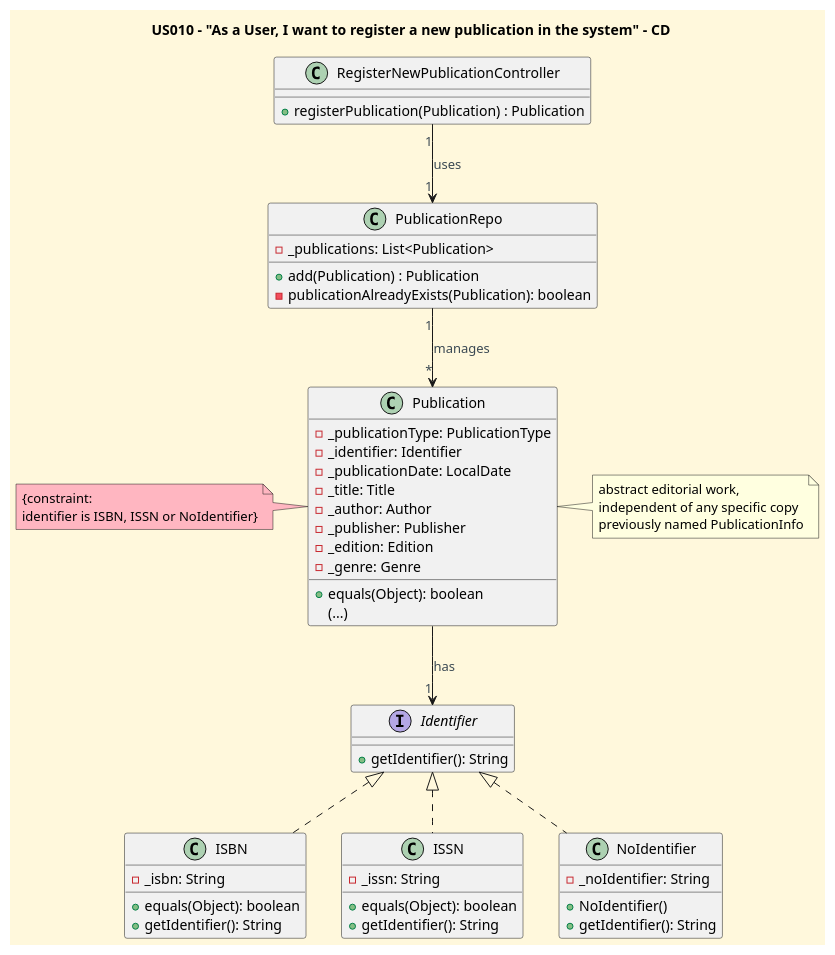
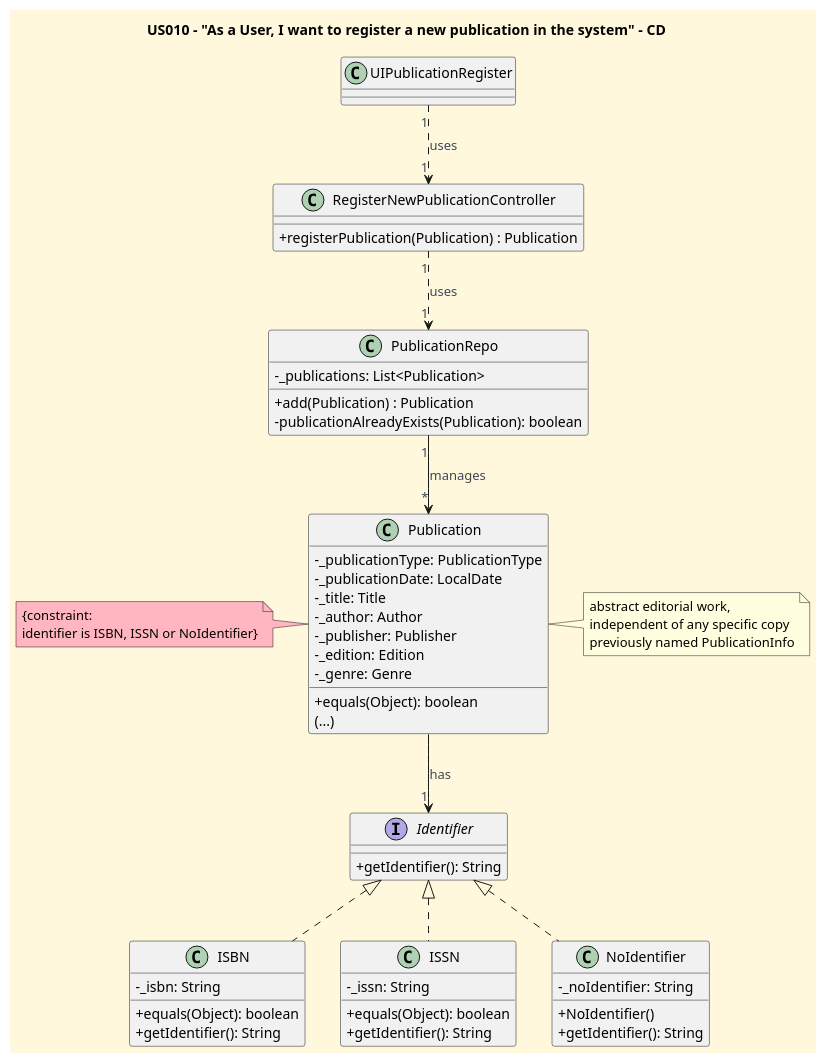
One commit to CarolinaLeite-collab/JavaMarketplacePlatform changed the diagram in docs/userStories/US010/US010_register_new_publication_CD.puml. Above: the diagram before and after it, drawn with PlantUML.

Commit message:
Adjust CD details (closes #118)

```diff
--- a/docs/userStories/US010/US010_register_new_publication_CD.puml
+++ b/docs/userStories/US010/US010_register_new_publication_CD.puml
@@ -1,86 +1,89 @@
 @startuml
 'https://plantuml.com/class-diagram
 title US010 - "As a User, I want to register a new publication in the system" - CD
 
 '==== basic style ====
 skinparam monochrome false
 skinparam shadowing false
 skinparam defaultFontName Futura
 skinparam objectFontSize 20
 skinparam backgroundColor CornSilk
 skinparam objectBackgroundColor WhiteSmoke
 skinparam noteBackgroundColor #FFFFE0
 skinparam ArrowFontColor #3B4953
 skinparam ActivationBackgroundColor black
+skinparam classAttributeIconSize 0
 
 '==== classes ====
+class UIPublicationRegister {}
+
 class RegisterNewPublicationController {
   + registerPublication(Publication) : Publication
 }
 
 class PublicationRepo{
   - _publications: List<Publication>
   + add(Publication) : Publication
   - publicationAlreadyExists(Publication): boolean
 }
 
 class Publication{
   - _publicationType: PublicationType
-  - _identifier: Identifier
   - _publicationDate: LocalDate
   - _title: Title
   - _author: Author
   - _publisher: Publisher
   - _edition: Edition
   - _genre: Genre
   + equals(Object): boolean
   (...)
 }
 
 interface Identifier {
   + getIdentifier(): String
  }
 class ISBN {
   - _isbn: String
   + equals(Object): boolean
   + getIdentifier(): String
   }
 class ISSN {
   - _issn: String
   + equals(Object): boolean
   + getIdentifier(): String
   }
 
 class NoIdentifier {
   - _noIdentifier: String
   + NoIdentifier()
   + getIdentifier(): String
   }
 
 '==== relations ====
+UIPublicationRegister "1" ..> "1" RegisterNewPublicationController : uses
 ' --- controller / repo ---
-RegisterNewPublicationController "1" --> "1" PublicationRepo : uses
+RegisterNewPublicationController "1" ..> "1" PublicationRepo : uses
 PublicationRepo "1" --> "*" Publication : manages
 
 ' --- publication structure ---
 Publication --> "1" Identifier : has
 
 
 ' --- identifier hierarchy ---
 Identifier <|.. ISBN
 Identifier <|.. ISSN
 Identifier <|.. NoIdentifier
 
 
 note right of Publication
   abstract editorial work,
   independent of any specific copy
   previously named PublicationInfo
 end note
 
 note left of Publication #LightPink
 {constraint:
 identifier is ISBN, ISSN or NoIdentifier}
 end note
 
 @enduml
```
